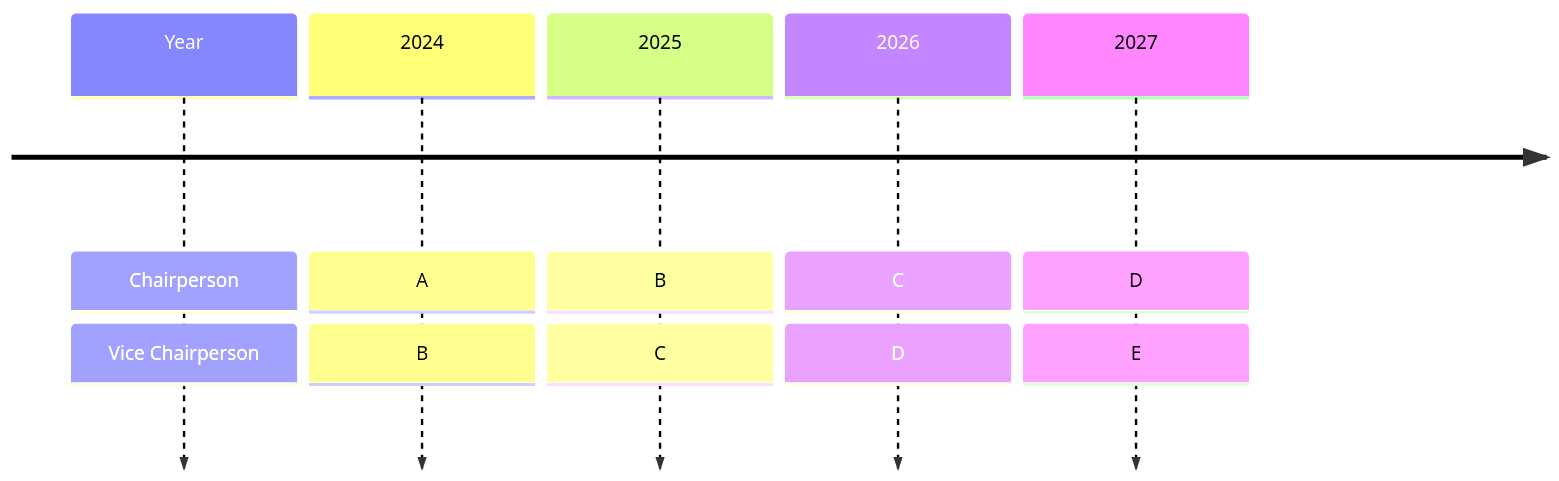
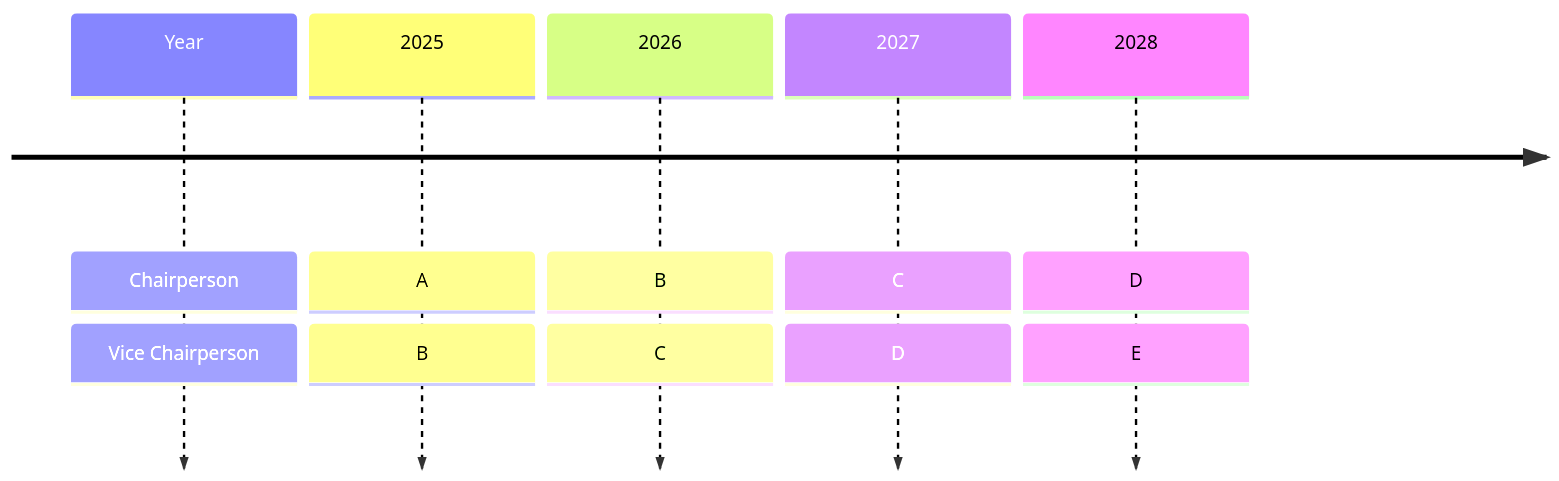
One commit to openmainframeproject/tac changed the diagram in process/tac_roles.md. Above: the diagram before and after it, drawn with Mermaid. The commit also changed other lines of this file and 35 other files, not shown here.

````diff
--- a/process/tac_roles.md
+++ b/process/tac_roles.md
@@ -23,8 +23,8 @@
 ```mermaid
 timeline
   Year : Chairperson : Vice Chairperson
-  2024 : A : B
-  2025 : B : C
-  2026 : C : D
-  2027 : D : E
+  2025 : A : B
+  2026 : B : C
+  2027 : C : D
+  2028 : D : E
 ```
````
